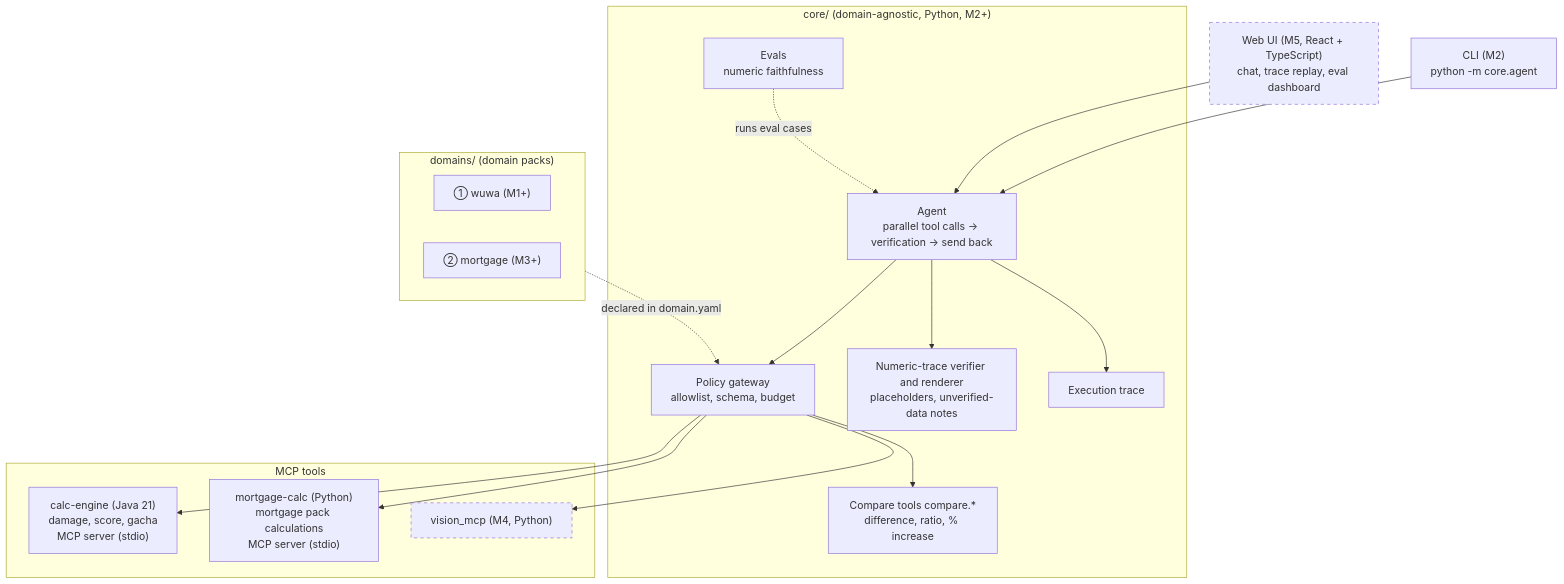
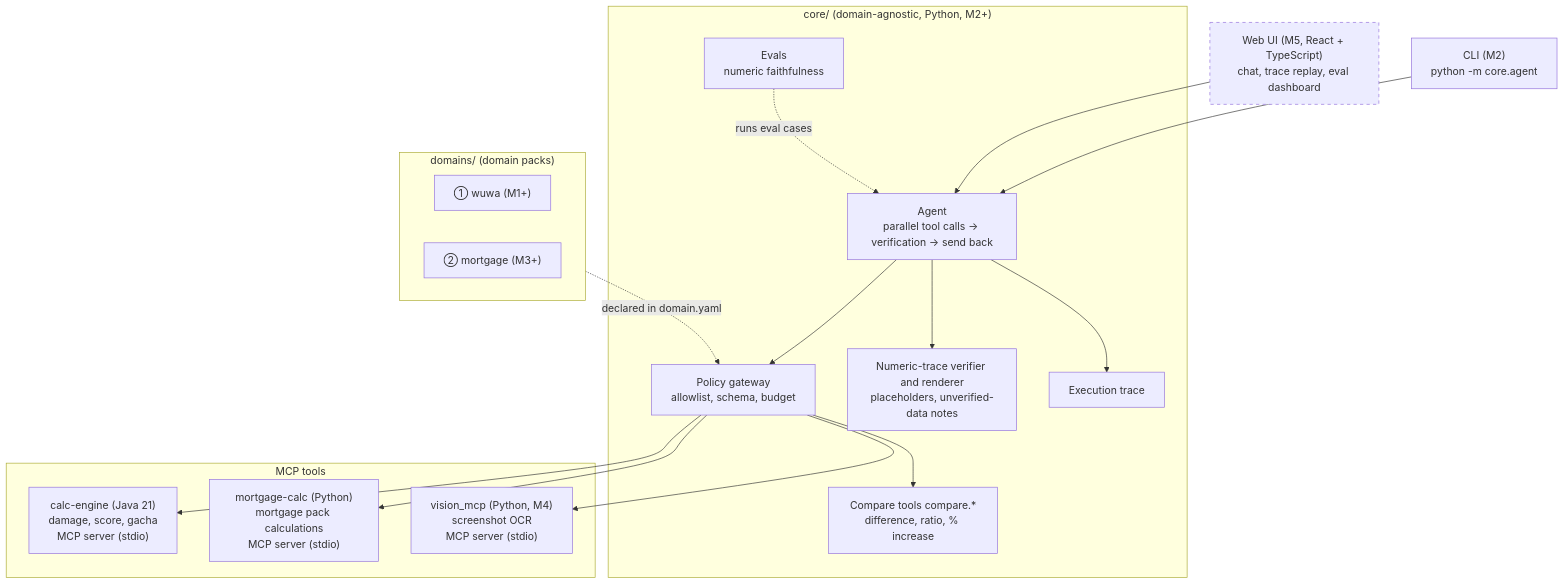
Before and after one commit to hexinlong9981/echolab: the first of 2 diagrams in docs/architecture.en.md, drawn with Mermaid. The commit also changed other lines of this file and 15 other files, not shown here.

````diff
--- a/docs/architecture.en.md
+++ b/docs/architecture.en.md
@@ -13,32 +13,32 @@
 ```mermaid
 flowchart TB
   CLI["CLI (M2)<br/>python -m core.agent"]
   UI["Web UI (M5, React + TypeScript)<br/>chat, trace replay, eval dashboard"]
   subgraph core["core/ (domain-agnostic, Python, M2+)"]
     AG["Agent<br/>parallel tool calls → verification → send back"]
     GW["Policy gateway<br/>allowlist, schema, budget"]
     VF["Numeric-trace verifier and renderer<br/>placeholders, unverified-data notes"]
     CMP["Compare tools compare.*<br/>difference, ratio, % increase"]
     EV["Evals<br/>numeric faithfulness"]
     TR["Execution trace"]
   end
   subgraph tools["MCP tools"]
     CE["calc-engine (Java 21)<br/>damage, score, gacha<br/>MCP server (stdio)"]
     MC["mortgage-calc (Python)<br/>mortgage pack calculations<br/>MCP server (stdio)"]
-    VM["vision_mcp (M4, Python)"]
+    VM["vision_mcp (Python, M4)<br/>screenshot OCR<br/>MCP server (stdio)"]
   end
   subgraph domains["domains/ (domain packs)"]
     D1["① wuwa (M1+)"]
     D3["② mortgage (M3+)"]
   end
   CLI --> AG
   UI --> AG
   AG --> GW --> CE & MC & CMP & VM
   AG --> VF
   AG --> TR
   domains -. "declared in domain.yaml" .-> GW
   EV -. "runs eval cases" .-> AG
 
   classDef planned stroke-dasharray: 5 5
-  class UI,VM planned
+  class UI planned
 ```
````
